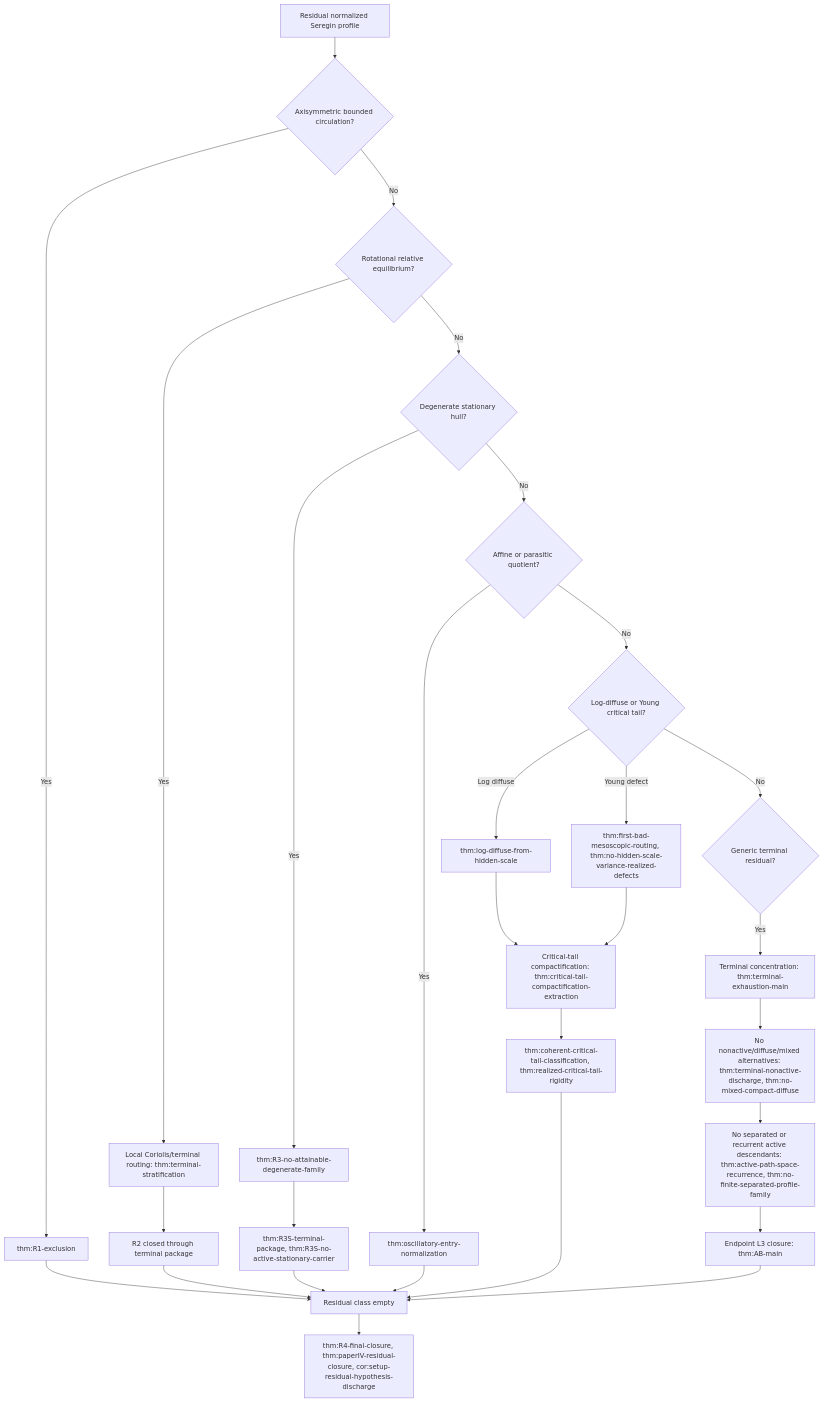
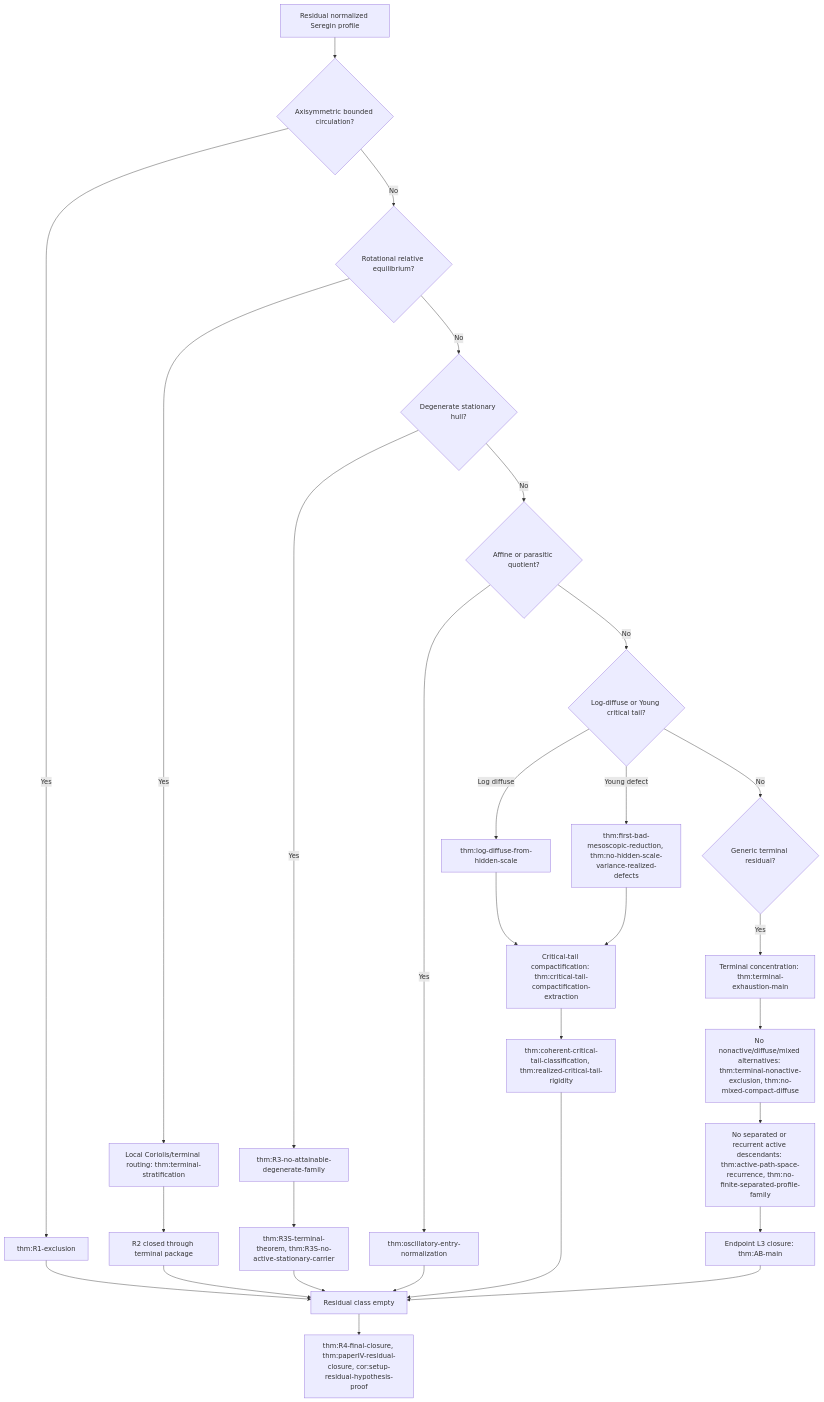
The second of 5 diagrams in docs/source/ns_paper/overall_proof_architecture.md (Guillemdb/hypostructure), drawn with Mermaid before and after one commit. The commit also changed other lines of this file and 22 other files, not shown here.

Commit message:
strenghten first 2 papers. Improve architecture and type II

````diff
--- a/docs/source/ns_paper/overall_proof_architecture.md
+++ b/docs/source/ns_paper/overall_proof_architecture.md
@@ -212,31 +302,31 @@
 ```mermaid
 flowchart TD
   R["Residual normalized Seregin profile"] --> R1{"Axisymmetric bounded circulation?"}
   R1 -- "Yes" --> R1x["thm:R1-exclusion"]
   R1 -- "No" --> R2{"Rotational relative equilibrium?"}
   R2 -- "Yes" --> R2a["Local Coriolis/terminal routing: thm:terminal-stratification"]
   R2a --> R2x["R2 closed through terminal package"]
   R2 -- "No" --> R3{"Degenerate stationary hull?"}
   R3 -- "Yes" --> R3a["thm:R3-no-attainable-degenerate-family"]
-  R3a --> R3b["thm:R3S-terminal-package, thm:R3S-no-active-stationary-carrier"]
+  R3a --> R3b["thm:R3S-terminal-theorem, thm:R3S-no-active-stationary-carrier"]
   R3 -- "No" --> R4{"Affine or parasitic quotient?"}
   R4 -- "Yes" --> R4x["thm:oscillatory-entry-normalization"]
   R4 -- "No" --> R5{"Log-diffuse or Young critical tail?"}
   R5 -- "Log diffuse" --> R5a["thm:log-diffuse-from-hidden-scale"]
-  R5 -- "Young defect" --> R5b["thm:first-bad-mesoscopic-routing, thm:no-hidden-scale-variance-realized-defects"]
+  R5 -- "Young defect" --> R5b["thm:first-bad-mesoscopic-reduction, thm:no-hidden-scale-variance-realized-defects"]
   R5a --> R5c["Critical-tail compactification: thm:critical-tail-compactification-extraction"]
   R5b --> R5c
   R5c --> R5x["thm:coherent-critical-tail-classification, thm:realized-critical-tail-rigidity"]
   R5 -- "No" --> R6{"Generic terminal residual?"}
   R6 -- "Yes" --> R6a["Terminal concentration: thm:terminal-exhaustion-main"]
-  R6a --> R6b["No nonactive/diffuse/mixed alternatives: thm:terminal-nonactive-discharge, thm:no-mixed-compact-diffuse"]
+  R6a --> R6b["No nonactive/diffuse/mixed alternatives: thm:terminal-nonactive-exclusion, thm:no-mixed-compact-diffuse"]
   R6b --> R6c["No separated or recurrent active descendants: thm:active-path-space-recurrence, thm:no-finite-separated-profile-family"]
   R6c --> R6d["Endpoint L3 closure: thm:AB-main"]
   R1x --> DONE["Residual class empty"]
   R2x --> DONE
   R3b --> DONE
   R4x --> DONE
   R5x --> DONE
   R6d --> DONE
-  DONE --> FINAL["thm:R4-final-closure, thm:paperIV-residual-closure, cor:setup-residual-hypothesis-discharge"]
+  DONE --> FINAL["thm:R4-final-closure, thm:paperIV-residual-closure, cor:setup-residual-hypothesis-proof"]
 ```
````
